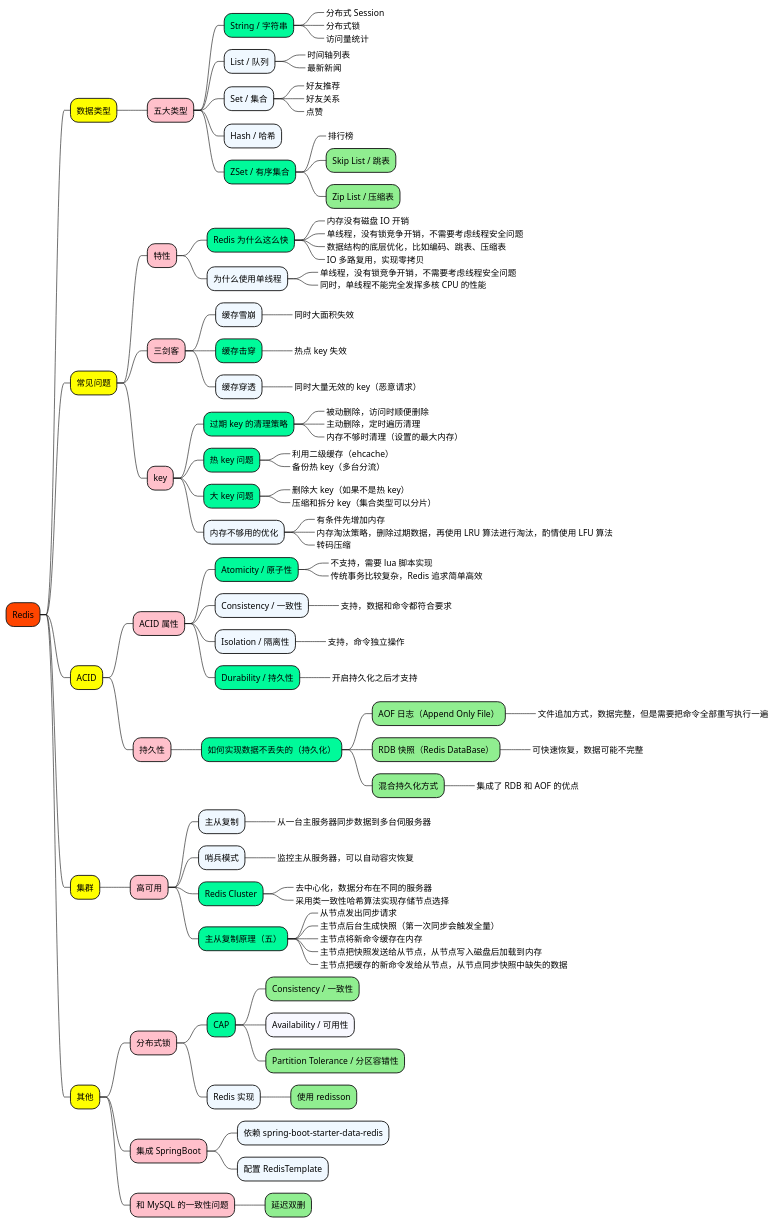
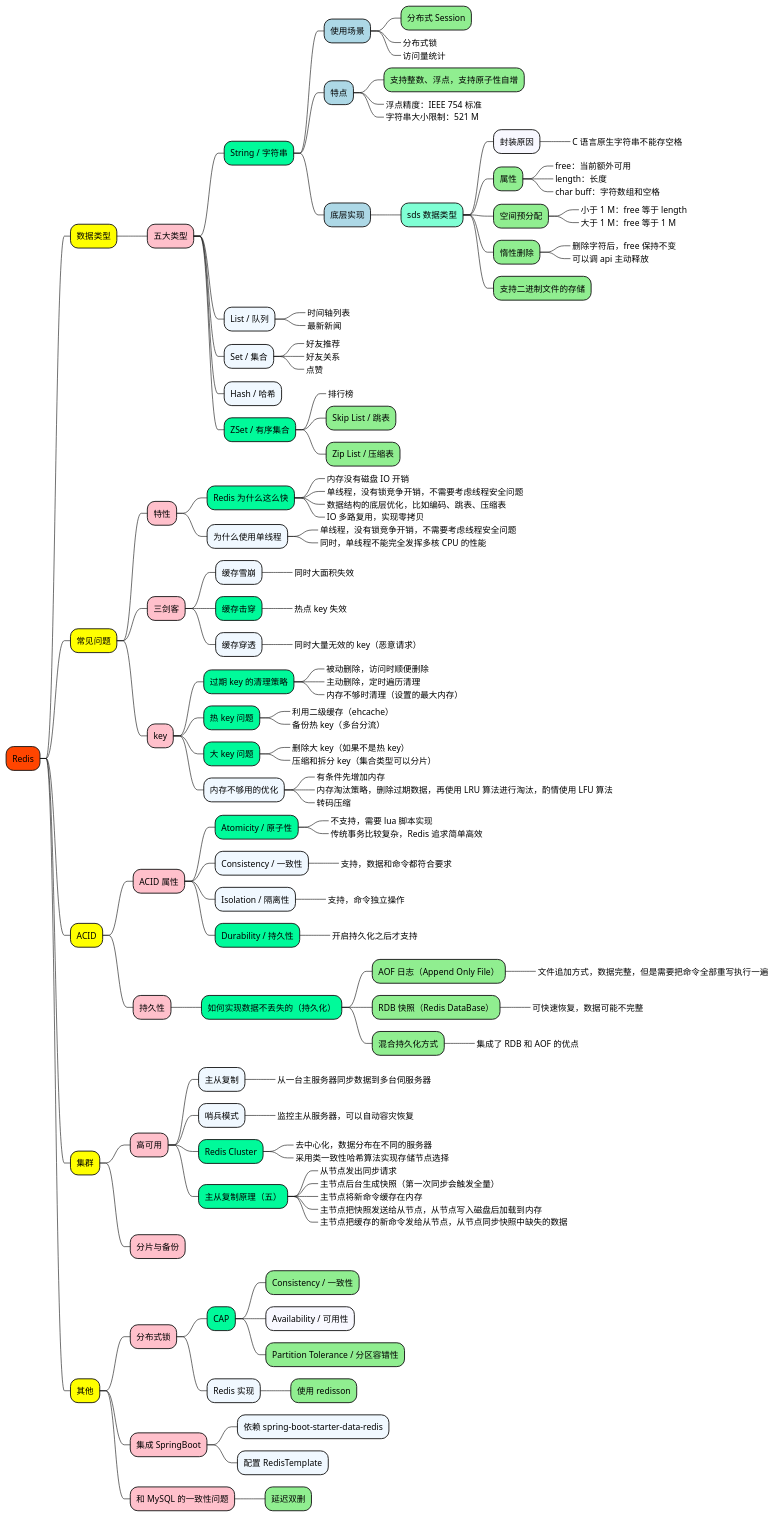
The diagram in 1_map/middleware/Redis.puml (doveg/self-cultivation-of-a-software-engineer), drawn with PlantUML before and after one commit.

```diff
--- a/1_map/middleware/Redis.puml
+++ b/1_map/middleware/Redis.puml
@@ -1,134 +1,160 @@
 @startmindmap
 
 +[#OrangeRed] Redis
 
 ++[#yellow] 数据类型
 
 +++[#Pink] 五大类型
 ++++[#MediumSpringGreen] String / 字符串
-+++++[#LightGreen]_ 分布式 Session
-+++++[#GhostWhite]_ 分布式锁
-+++++[#GhostWhite]_ 访问量统计
++++++[#LightBlue] 使用场景
+++++++[#LightGreen] 分布式 Session
+++++++[#GhostWhite]_ 分布式锁
+++++++[#GhostWhite]_ 访问量统计
+
++++++[#LightBlue] 特点
+++++++[#LightGreen] 支持整数、浮点，支持原子性自增
+++++++[#LightGreen]_ 浮点精度：IEEE 754 标准
+++++++[#LightGreen]_ 字符串大小限制：521 M
+
++++++[#LightBlue] 底层实现
+++++++[#Aquamarine] sds 数据类型
++++++++[#GhostWhite] 封装原因
+++++++++[#LightGreen]_ C 语言原生字符串不能存空格
++++++++[#LightGreen] 属性
+++++++++[#LightGreen]_ free：当前额外可用
+++++++++[#LightGreen]_ length：长度
+++++++++[#LightGreen]_ char buff：字符数组和空格
++++++++[#LightGreen] 空间预分配
+++++++++[#LightGreen]_ 小于 1 M：free 等于 length
+++++++++[#LightGreen]_ 大于 1 M：free 等于 1 M
++++++++[#LightGreen] 惰性删除
+++++++++[#LightGreen]_ 删除字符后，free 保持不变
+++++++++[#LightGreen]_ 可以调 api 主动释放
++++++++[#LightGreen] 支持二进制文件的存储
 
 ++++[#AliceBlue] List / 队列
 +++++[#GhostWhite]_ 时间轴列表
 +++++[#GhostWhite]_ 最新新闻
 
 ++++[#AliceBlue] Set / 集合
 +++++[#GhostWhite]_ 好友推荐
 +++++[#GhostWhite]_ 好友关系
 +++++[#GhostWhite]_ 点赞
 
 ++++[#AliceBlue] Hash / 哈希
 
 ++++[#MediumSpringGreen] ZSet / 有序集合
 +++++[#GhostWhite]_ 排行榜
 +++++[#LightGreen] Skip List / 跳表
 +++++[#LightGreen] Zip List / 压缩表
 
 
 ++[#yellow] 常见问题
 
 +++[#Pink] 特性
 ++++[#MediumSpringGreen] Redis 为什么这么快
 +++++[#MediumSpringGreen]_ 内存没有磁盘 IO 开销
 +++++[#MediumSpringGreen]_ 单线程，没有锁竞争开销，不需要考虑线程安全问题
 +++++[#MediumSpringGreen]_ 数据结构的底层优化，比如编码、跳表、压缩表
 +++++[#MediumSpringGreen]_ IO 多路复用，实现零拷贝
 
 ++++[#AliceBlue] 为什么使用单线程
 +++++[#AliceBlue]_ 单线程，没有锁竞争开销，不需要考虑线程安全问题
 +++++[#AliceBlue]_ 同时，单线程不能完全发挥多核 CPU 的性能
 
 +++[#Pink] 三剑客
 ++++[#AliceBlue] 缓存雪崩
 +++++[#AliceBlue]_ 同时大面积失效
 ++++[#MediumSpringGreen] 缓存击穿
 +++++[#MediumSpringGreen]_ 热点 key 失效
 ++++[#AliceBlue] 缓存穿透
 +++++[#AliceBlue]_ 同时大量无效的 key（恶意请求）
 
 +++[#Pink] key
 ++++[#MediumSpringGreen] 过期 key 的清理策略
 +++++[#MediumSpringGreen]_ 被动删除，访问时顺便删除
 +++++[#MediumSpringGreen]_ 主动删除，定时遍历清理
 +++++[#MediumSpringGreen]_ 内存不够时清理（设置的最大内存）
 
 ++++[#MediumSpringGreen] 热 key 问题
 +++++[#MediumSpringGreen]_ 利用二级缓存（ehcache）
 +++++[#MediumSpringGreen]_ 备份热 key（多台分流）
 
 ++++[#MediumSpringGreen] 大 key 问题
 +++++[#MediumSpringGreen]_ 删除大 key（如果不是热 key）
 +++++[#MediumSpringGreen]_ 压缩和拆分 key（集合类型可以分片）
 
 ++++[#AliceBlue] 内存不够用的优化
 +++++[#MediumSpringGreen]_ 有条件先增加内存
 +++++[#MediumSpringGreen]_ 内存淘汰策略，删除过期数据，再使用 LRU 算法进行淘汰，酌情使用 LFU 算法
 +++++[#MediumSpringGreen]_ 转码压缩
 
 
 ++[#yellow] ACID
 
 +++[#Pink] ACID 属性
 ++++[#MediumSpringGreen] Atomicity / 原子性
 +++++[#AliceBlue]_ 不支持，需要 lua 脚本实现
 +++++[#AliceBlue]_ 传统事务比较复杂，Redis 追求简单高效
 ++++[#AliceBlue] Consistency / 一致性
 +++++[#AliceBlue]_ 支持，数据和命令都符合要求
 ++++[#AliceBlue] Isolation / 隔离性
 +++++[#AliceBlue]_ 支持，命令独立操作
 ++++[#MediumSpringGreen] Durability / 持久性
 +++++[#AliceBlue]_ 开启持久化之后才支持
 
 
 +++[#Pink] 持久性
 ++++[#MediumSpringGreen] 如何实现数据不丢失的（持久化）
 +++++[#LightGreen] AOF 日志（Append Only File）
 ++++++[#AliceBlue]_ 文件追加方式，数据完整，但是需要把命令全部重写执行一遍
 +++++[#LightGreen] RDB 快照（Redis DataBase）
 ++++++[#AliceBlue]_ 可快速恢复，数据可能不完整
 +++++[#LightGreen] 混合持久化方式
 ++++++[#AliceBlue]_ 集成了 RDB 和 AOF 的优点
 
 
 ++[#yellow] 集群
 
 +++[#Pink] 高可用
 ++++[#AliceBlue] 主从复制
 +++++[#AliceBlue]_ 从一台主服务器同步数据到多台伺服务器
 ++++[#AliceBlue] 哨兵模式
 +++++[#AliceBlue]_ 监控主从服务器，可以自动容灾恢复
 ++++[#MediumSpringGreen] Redis Cluster
 +++++[#AliceBlue]_ 去中心化，数据分布在不同的服务器
 +++++[#AliceBlue]_ 采用类一致性哈希算法实现存储节点选择
 
 ++++[#MediumSpringGreen] 主从复制原理（五）
 +++++[#LightGreen]_ 从节点发出同步请求
 +++++[#LightGreen]_ 主节点后台生成快照（第一次同步会触发全量）
 +++++[#LightGreen]_ 主节点将新命令缓存在内存
 +++++[#LightGreen]_ 主节点把快照发送给从节点，从节点写入磁盘后加载到内存
 +++++[#LightGreen]_ 主节点把缓存的新命令发给从节点，从节点同步快照中缺失的数据
 
 
++++[#Pink] 分片与备份
+
+
+
 ++[#yellow] 其他
 
 +++[#Pink] 分布式锁
 
 ++++[#MediumSpringGreen] CAP
 +++++[#LightGreen] Consistency / 一致性
 +++++[#GhostWhite] Availability / 可用性
 +++++[#LightGreen] Partition Tolerance / 分区容错性
 
 ++++[#AliceBlue] Redis 实现
 +++++[#LightGreen] 使用 redisson
 
 +++[#Pink] 集成 SpringBoot
 ++++[#AliceBlue] 依赖 spring-boot-starter-data-redis
 ++++[#AliceBlue] 配置 RedisTemplate
 
 +++[#Pink] 和 MySQL 的一致性问题
 ++++[#LightGreen] 延迟双删
 
 
 @endmindmap
```
